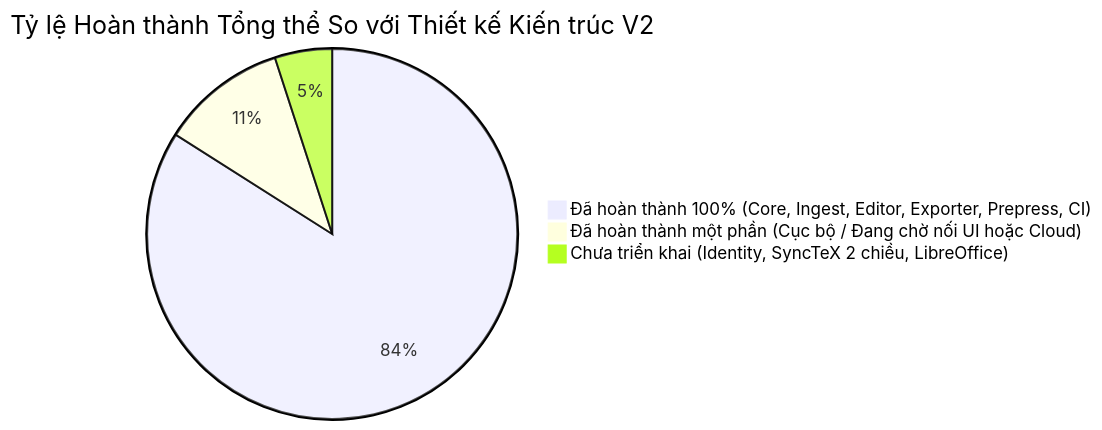
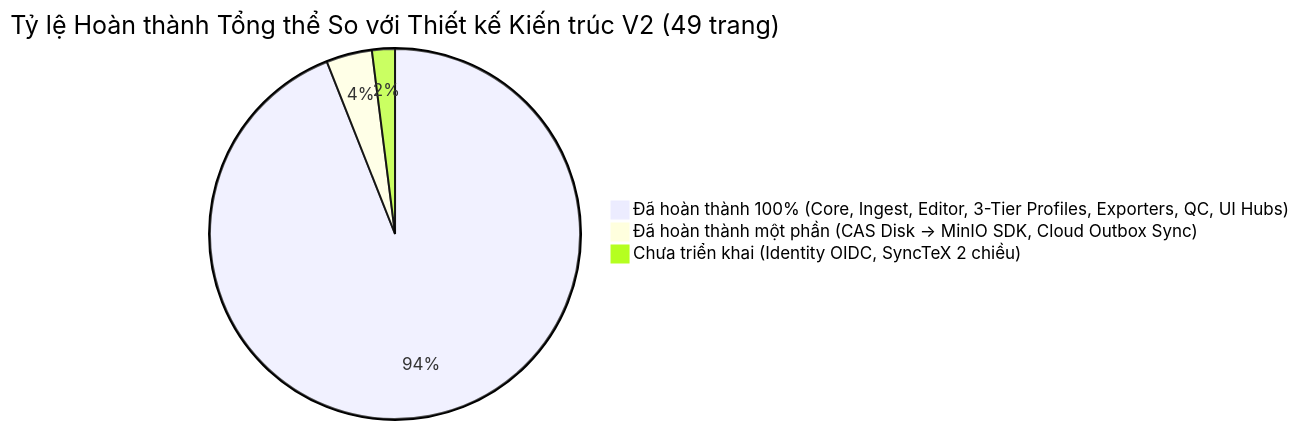
Before and after one commit to PhiHungVo00/StructPaper: the first of 2 diagrams in docs/Audit/BAO_CAO_DOI_CHIEU_KIEN_TRUC_V2.md, drawn with Mermaid. The commit also changed other lines of this file, not shown here.

Commit message:
docs(audit): update architectural audit report v2 with 49-page PDF specs, 3-tier profiles, and new UI hubs

````diff
--- a/docs/Audit/BAO_CAO_DOI_CHIEU_KIEN_TRUC_V2.md
+++ b/docs/Audit/BAO_CAO_DOI_CHIEU_KIEN_TRUC_V2.md
@@ -28,6 +37,6 @@
 ```mermaid
-pie title Tỷ lệ Hoàn thành Tổng thể So với Thiết kế Kiến trúc V2
-    "Đã hoàn thành 100% (Core, Ingest, Editor, Exporter, Prepress, CI)": 84
-    "Đã hoàn thành một phần (Cục bộ / Đang chờ nối UI hoặc Cloud)": 11
-    "Chưa triển khai (Identity, SyncTeX 2 chiều, LibreOffice)": 5
+pie title Tỷ lệ Hoàn thành Tổng thể So với Thiết kế Kiến trúc V2 (49 trang)
+    "Đã hoàn thành 100% (Core, Ingest, Editor, 3-Tier Profiles, Exporters, QC, UI Hubs)": 94
+    "Đã hoàn thành một phần (CAS Disk -> MinIO SDK, Cloud Outbox Sync)": 4
+    "Chưa triển khai (Identity OIDC, SyncTeX 2 chiều)": 2
 ```
````
